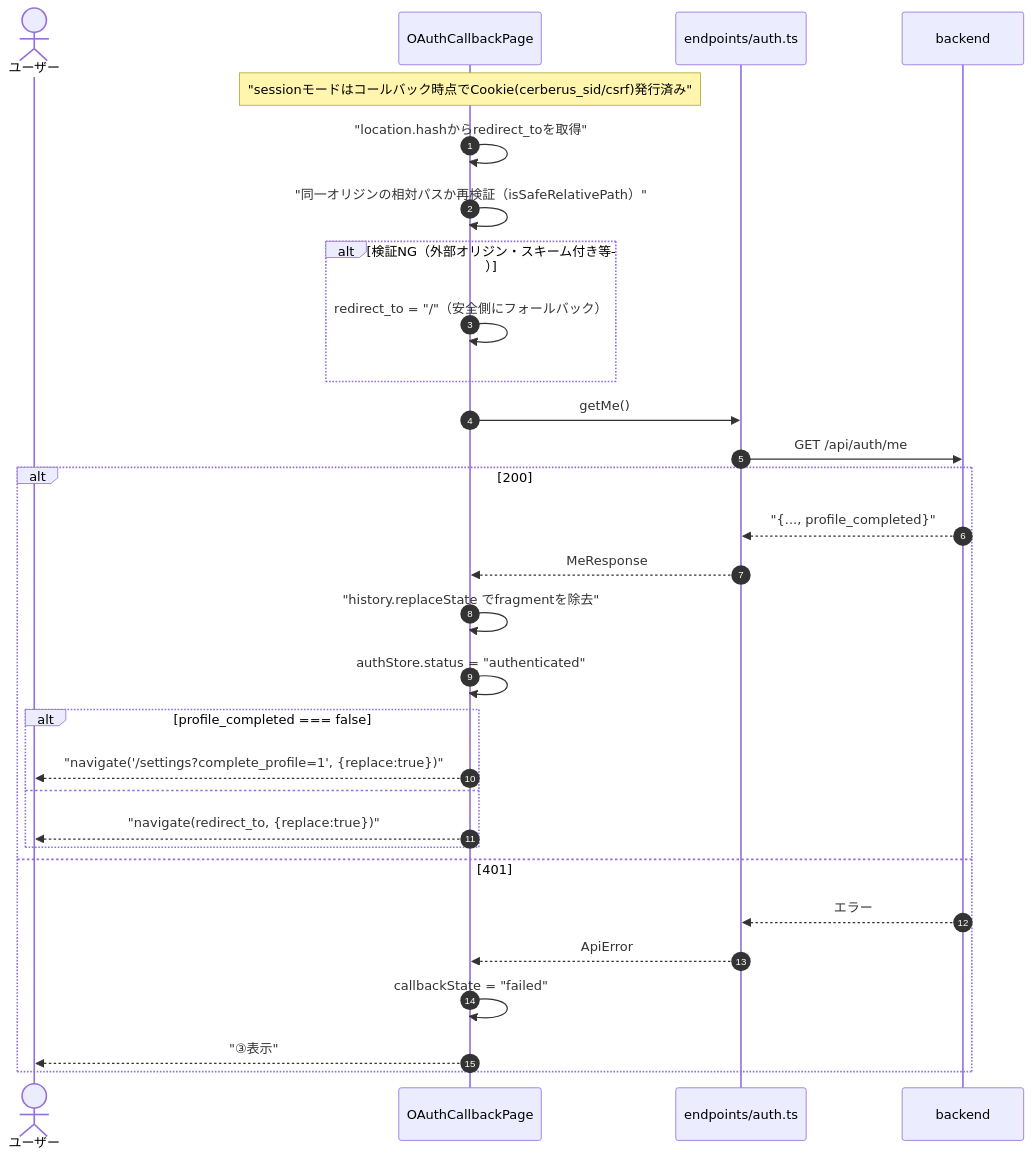
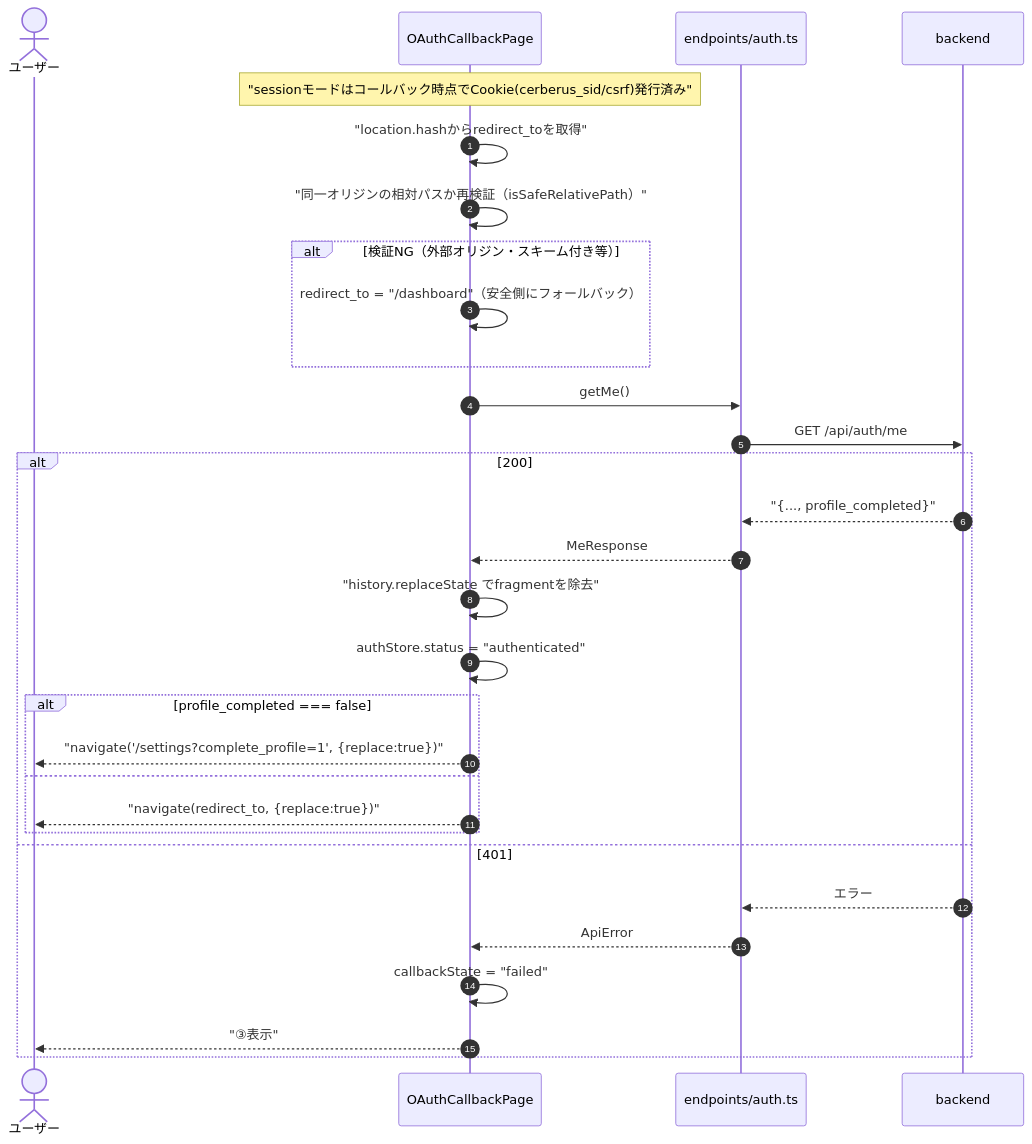
Before and after one commit to oikawa-d/task_management: the fourth of 6 diagrams in detailed_design/screen/11_oauth_callback.md, drawn with Mermaid. The commit also changed other lines of this file and 14 other files, not shown here.

````diff
--- a/detailed_design/screen/11_oauth_callback.md
+++ b/detailed_design/screen/11_oauth_callback.md
@@ -142,33 +142,33 @@
 ```mermaid
 sequenceDiagram
     autonumber
     actor U as ユーザー
     participant OCP as OAuthCallbackPage
     participant EP as endpoints/auth.ts
     participant API as backend
 
     Note over OCP: "sessionモードはコールバック時点でCookie(cerberus_sid/csrf)発行済み"
     OCP->>OCP: "location.hashからredirect_toを取得"
     OCP->>OCP: "同一オリジンの相対パスか再検証（isSafeRelativePath）"
     alt 検証NG（外部オリジン・スキーム付き等）
-        OCP->>OCP: redirect_to = "/"（安全側にフォールバック）
+        OCP->>OCP: redirect_to = "/dashboard"（安全側にフォールバック）
     end
     OCP->>EP: getMe()
     EP->>API: GET /api/auth/me
     alt 200
         API-->>EP: "{..., profile_completed}"
         EP-->>OCP: MeResponse
         OCP->>OCP: "history.replaceState でfragmentを除去"
         OCP->>OCP: authStore.status = "authenticated"
         alt profile_completed === false
             OCP-->>U: "navigate('/settings?complete_profile=1', {replace:true})"
         else
             OCP-->>U: "navigate(redirect_to, {replace:true})"
         end
     else 401
         API-->>EP: エラー
         EP-->>OCP: ApiError
         OCP->>OCP: callbackState = "failed"
         OCP-->>U: "③表示"
     end
 ```
````
